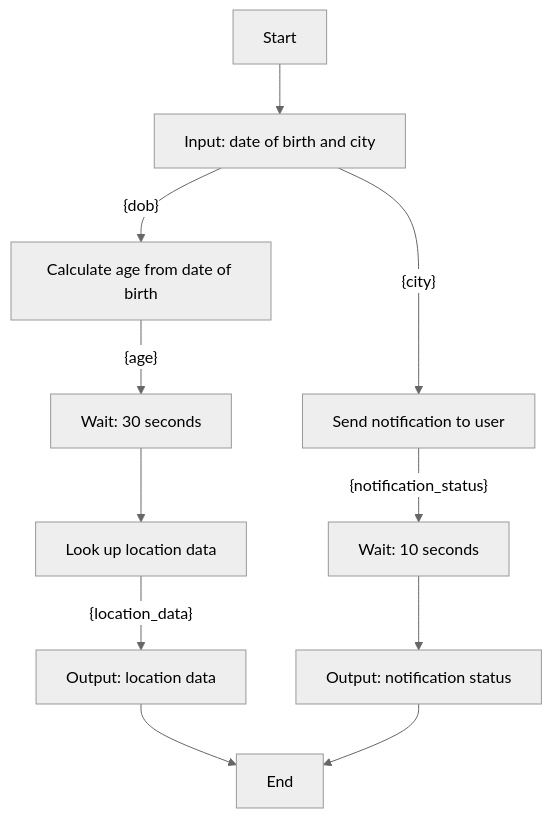
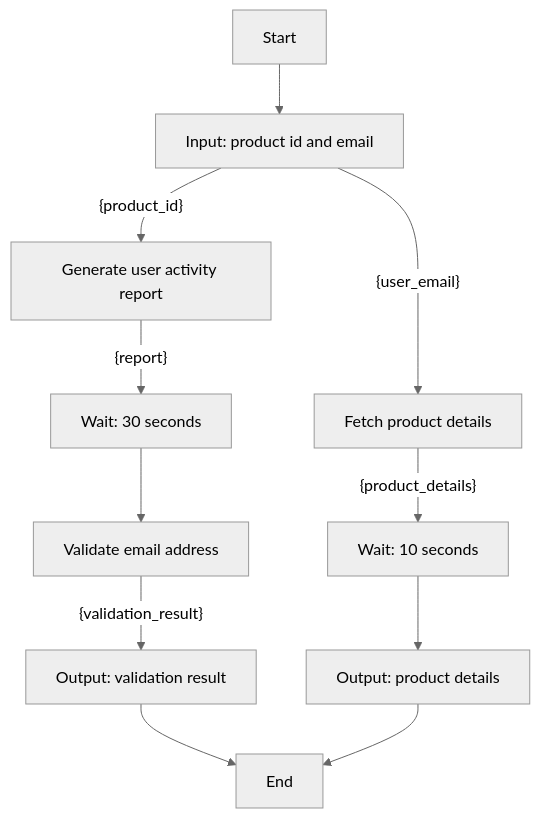
Before and after one commit to YJ-928/Temporal-Python-SDK: the diagram in poc-dsl-compiler/input/workflows/workflow_7.md, drawn with Mermaid (neutral theme). The commit also changed 29 other files, not shown here.

````diff
--- a/poc-dsl-compiler/input/workflows/workflow_7.md
+++ b/poc-dsl-compiler/input/workflows/workflow_7.md
@@ -1,13 +1,13 @@
 ```mermaid
 graph TD
-    A[Start] --> B[Input: date of birth and city]
-    B[Input: date of birth and city] -- {dob} --> C[Calculate age from date of birth]
-    C[Calculate age from date of birth] -- {age} --> D[Wait: 30 seconds]
-    D[Wait: 30 seconds] --> E[Look up location data]
-    E[Look up location data] -- {location_data} --> F[Output: location data]
-    F[Output: location data] --> J[End]
-    B[Input: date of birth and city] -- {city} --> G[Send notification to user]
-    G[Send notification to user] -- {notification_status} --> H[Wait: 10 seconds]
-    H[Wait: 10 seconds] --> I[Output: notification status]
-    I[Output: notification status] --> J[End]
+    A[Start] --> B[Input: product id and email]
+    B[Input: product id and email] -- {product_id} --> C[Generate user activity report]
+    C[Generate user activity report] -- {report} --> D[Wait: 30 seconds]
+    D[Wait: 30 seconds] --> E[Validate email address]
+    E[Validate email address] -- {validation_result} --> F[Output: validation result]
+    F[Output: validation result] --> J[End]
+    B[Input: product id and email] -- {user_email} --> G[Fetch product details]
+    G[Fetch product details] -- {product_details} --> H[Wait: 10 seconds]
+    H[Wait: 10 seconds] --> I[Output: product details]
+    I[Output: product details] --> J[End]
 ```
````
